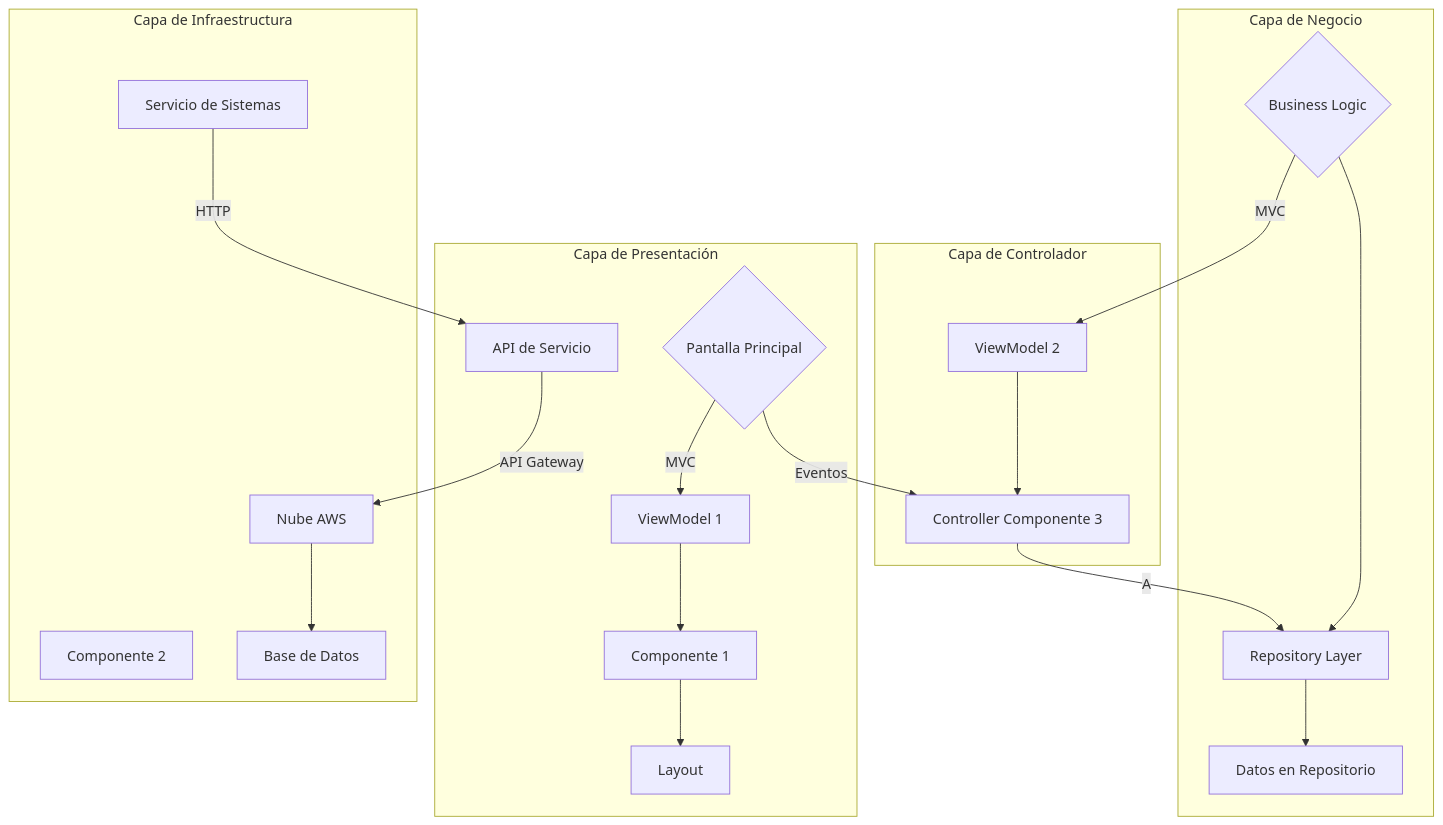
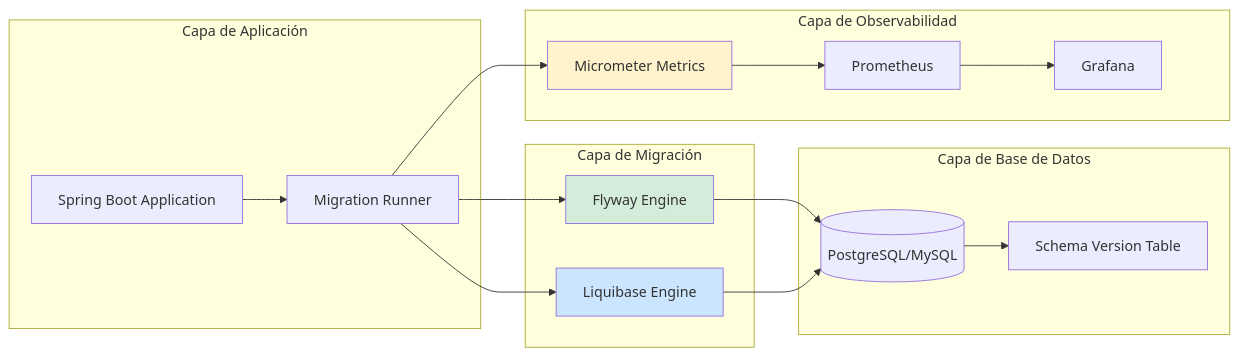
One commit to Joaquinriosheredia/DAM-Java-Mastery changed the second of 3 diagrams in _Review/migraciones_de_base_de_datos_con_flyway_y_liquibase/migraciones_de_base_de_datos_con_flyway_y_liquibase.md. Above: the diagram before and after it, drawn with Mermaid. The commit also changed other lines of this file, not shown here.

Commit message:
migraciones_de_base_de_datos_con_flyway_y_liquibase.md

````diff
--- a/_Review/migraciones_de_base_de_datos_con_flyway_y_liquibase/migraciones_de_base_de_datos_con_flyway_y_liquibase.md
+++ b/_Review/migraciones_de_base_de_datos_con_flyway_y_liquibase/migraciones_de_base_de_datos_con_flyway_y_liquibase.md
@@ -117,37 +156,37 @@
 ```mermaid
-graph TD
-    subgraph Capa de Presentación
-        P{Pantalla Principal}
-        V1[ViewModel 1]
-        C1[Componente 1]
-        L1[Layout]
-        A[API de Servicio]
-        
-        P -->|MVC| V1 --> C1 --> L1
+graph LR
+    subgraph "Capa de Aplicación"
+        APP[Spring Boot Application]
+        MIG[Migration Runner]
     end
     
-    subgraph Capa de Negocio
-        B{Business Logic}
-        D1[Datos en Repositorio]
-        R[Repository Layer]
-        
-        B --> R --> D1
+    subgraph "Capa de Migración"
+        FLY[Flyway Engine]
+        LIQ[Liquibase Engine]
     end
     
-    subgraph Capa de Infraestructura
-        S1[Servicio de Sistemas]
-        C2[Componente 2]
-        DB[Base de Datos]
-        N1[Nube AWS]
-        
-        S1 -->|HTTP| A -->|API Gateway| N1 --> DB
+    subgraph "Capa de Base de Datos"
+        DB[(PostgreSQL/MySQL)]
+        SCH[Schema Version Table]
     end
     
-    subgraph Capa de Controlador
-        C3[Controller Componente 3]
-        V2[ViewModel 2]
-        B -->|MVC| V2 --> C3
+    subgraph "Capa de Observabilidad"
+        MET[Micrometer Metrics]
+        PROM[Prometheus]
+        GRAF[Grafana]
     end
     
-    P -- Eventos --> C3 -- A --> R
+    APP --> MIG
+    MIG --> FLY
+    MIG --> LIQ
+    FLY --> DB
+    LIQ --> DB
+    DB --> SCH
+    MIG --> MET
+    MET --> PROM
+    PROM --> GRAF
+    
+    style FLY fill:#d4edda
+    style LIQ fill:#cce5ff
+    style MET fill:#fff3cd
 ```
````
